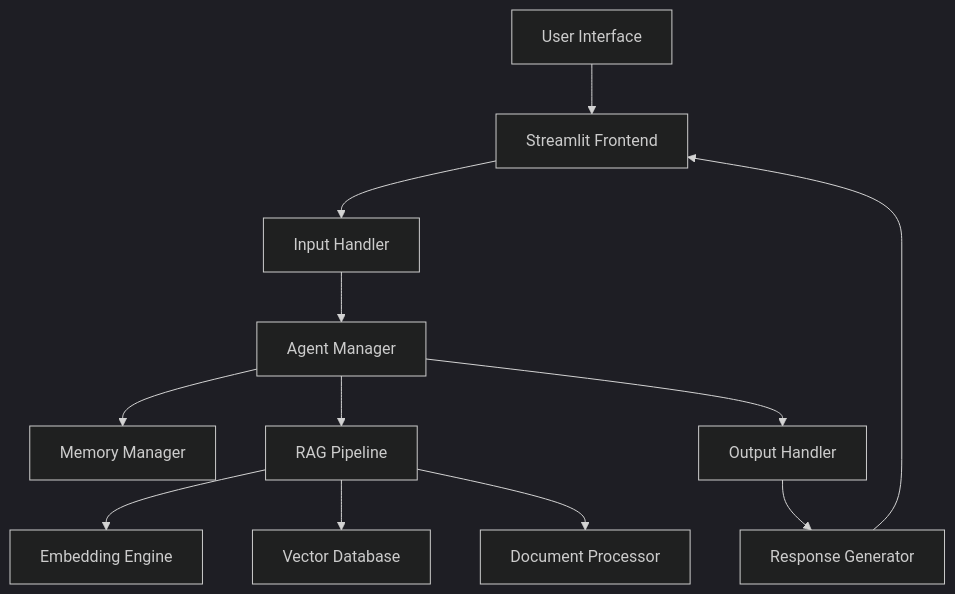
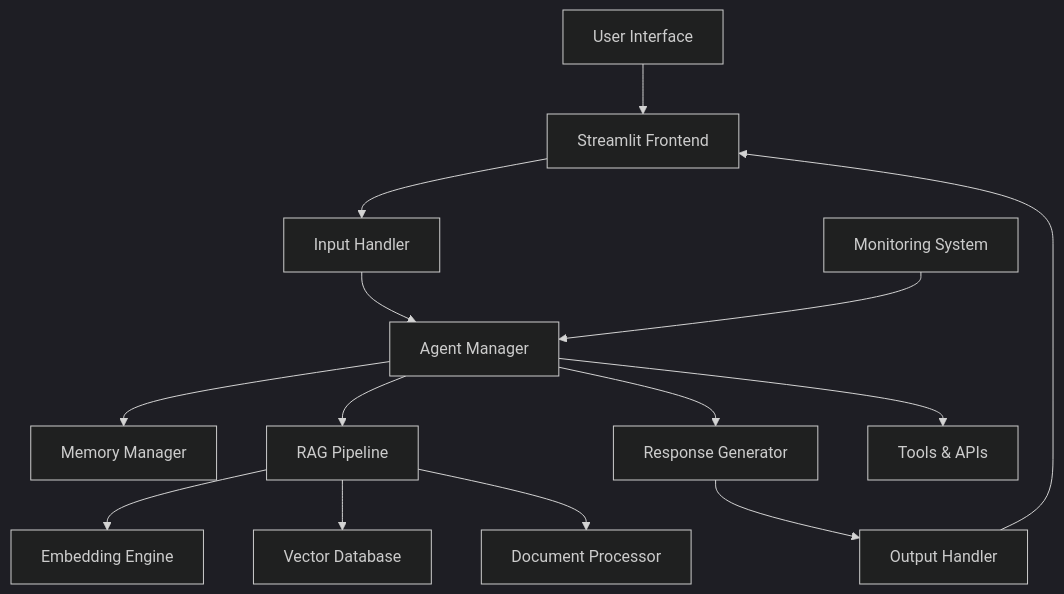
Before and after one commit to TirumalaManav/KRAKEN-AI-Assistant: the diagram in README.md, drawn with Mermaid (dark theme). The commit also changed other lines of this file, not shown here.

````diff
--- a/README.md
+++ b/README.md
@@ -62,14 +64,16 @@
 ```mermaid
 graph TD
     A[User Interface] --> B[Streamlit Frontend]
-    B --> C[Input Handler]
+    B --> C[Input Handler] 
     C --> D[Agent Manager]
     D --> E[Memory Manager]
     D --> F[RAG Pipeline]
     F --> G[Embedding Engine]
     F --> H[Vector Database]
     F --> I[Document Processor]
-    D --> J[Output Handler]
-    J --> K[Response Generator]
-    K --> B
+    D --> J[Response Generator]
+    D --> K[Tools & APIs]
+    J --> L[Output Handler]
+    L --> B
+    M[Monitoring System] --> D
 ```
````
